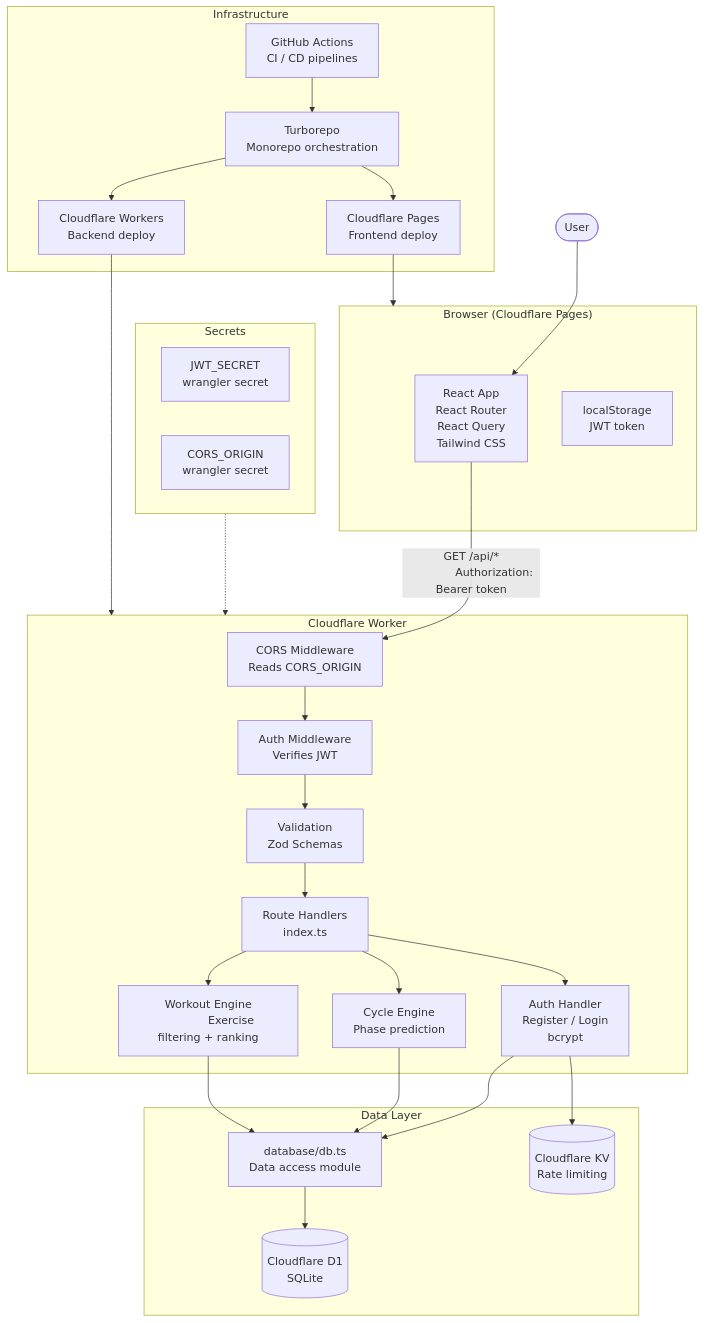
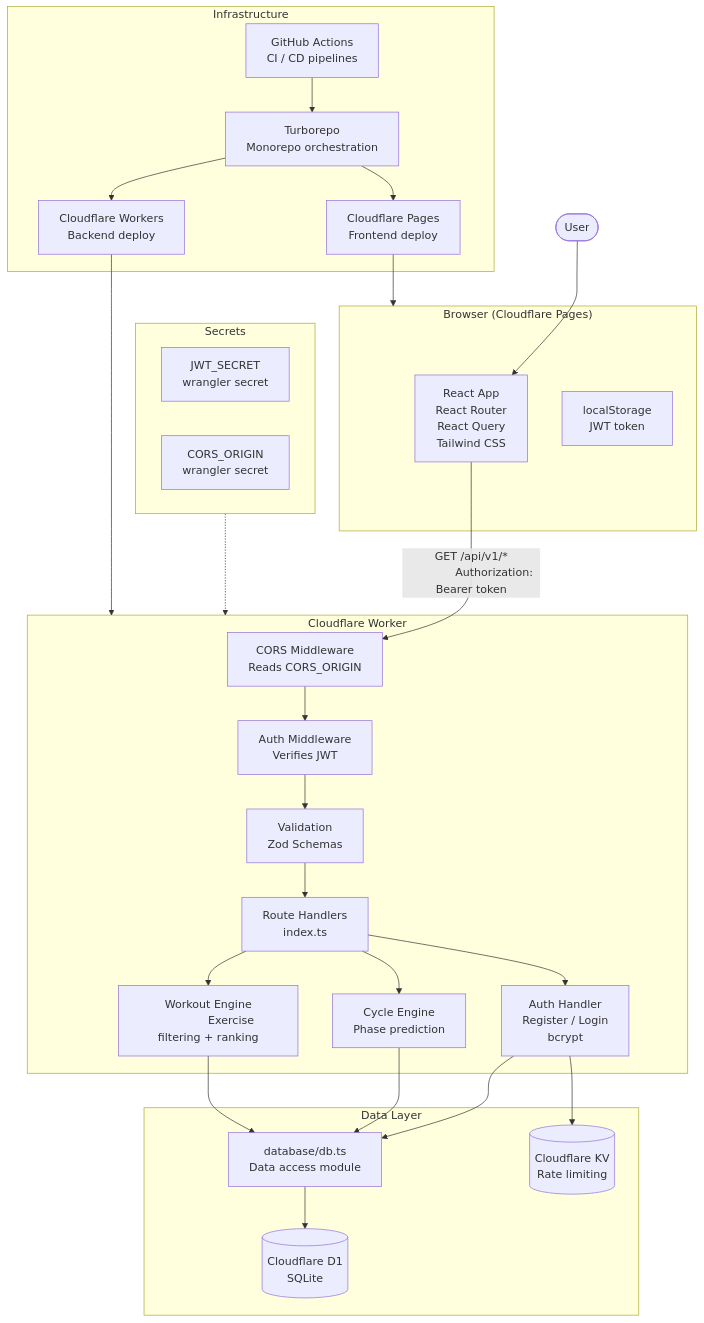
One commit to onlyeciy/period-cycle-based-gym-app changed the first of 4 diagrams in docs/architecture-diagram.md. Above: the diagram before and after it, drawn with Mermaid. The commit also changed other lines of this file and 1 other file, not shown here.

Commit message:
docs: update API versioning

````diff
--- a/docs/architecture-diagram.md
+++ b/docs/architecture-diagram.md
@@ -3,81 +3,81 @@
 ```mermaid
 graph TB
     subgraph Browser["Browser (Cloudflare Pages)"]
         REACT["React App
               React Router
               React Query
               Tailwind CSS"]
         LOCAL["localStorage
               JWT token"]
     end
 
     subgraph WORKER["Cloudflare Worker"]
         CORS["CORS Middleware
               Reads CORS_ORIGIN"]
         AUTH["Auth Middleware
               Verifies JWT"]
         VALIDATE["Validation
               Zod Schemas"]
         ROUTES["Route Handlers
               index.ts"]
         CYCLE_ENG["Cycle Engine
               Phase prediction"]
         WORKOUT_ENG["Workout Engine
               Exercise filtering + ranking"]
         AUTH_HANDLER["Auth Handler
               Register / Login
               bcrypt"]
     end
 
     subgraph DATA["Data Layer"]
         DB["database/db.ts
               Data access module"]
         D1[(Cloudflare D1
               SQLite)]
         KV[(Cloudflare KV
               Rate limiting)]
     end
 
     subgraph INFRA["Infrastructure"]
         CF_PAGES["Cloudflare Pages
               Frontend deploy"]
         CF_WORKER["Cloudflare Workers
               Backend deploy"]
         TURBO["Turborepo
               Monorepo orchestration"]
         CI["GitHub Actions
               CI / CD pipelines"]
     end
 
     subgraph SECRETS["Secrets"]
         JWT_SEC["JWT_SECRET
               wrangler secret"]
         CORS_ORIGIN["CORS_ORIGIN
               wrangler secret"]
     end
 
     USER(["User"]) --> REACT
 
-    REACT -- "GET /api/*
+    REACT -- "GET /api/v1/*
               Authorization: Bearer token" --> CORS
     CORS --> AUTH
     AUTH --> VALIDATE
     VALIDATE --> ROUTES
 
     ROUTES --> AUTH_HANDLER
     ROUTES --> CYCLE_ENG
     ROUTES --> WORKOUT_ENG
 
     AUTH_HANDLER --> DB --> D1
     AUTH_HANDLER --> KV
     CYCLE_ENG --> DB
     WORKOUT_ENG --> DB
 
     SECRETS -.-> WORKER
 
     CI --> TURBO
     TURBO --> CF_PAGES
     TURBO --> CF_WORKER
     CF_PAGES --> Browser
     CF_WORKER --> WORKER
 ```
````
